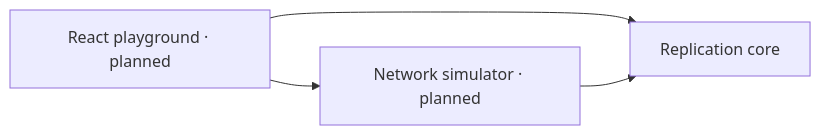
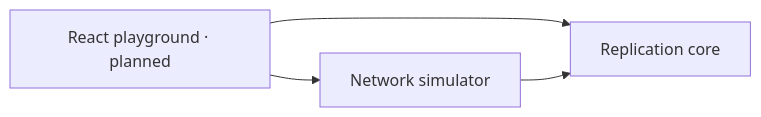
Before and after one commit to ethanclarke0705/ReplicaLab: the diagram in README.md, drawn with Mermaid. The commit also changed other lines of this file and 5 other files, not shown here.

````diff
--- a/README.md
+++ b/README.md
@@ -58,6 +87,6 @@
 ```mermaid
 flowchart LR
-  Playground[React playground · planned] --> Simulator[Network simulator · planned]
+  Playground[React playground · planned] --> Simulator[Network simulator]
   Playground --> Core[Replication core]
   Simulator --> Core
 ```
````
